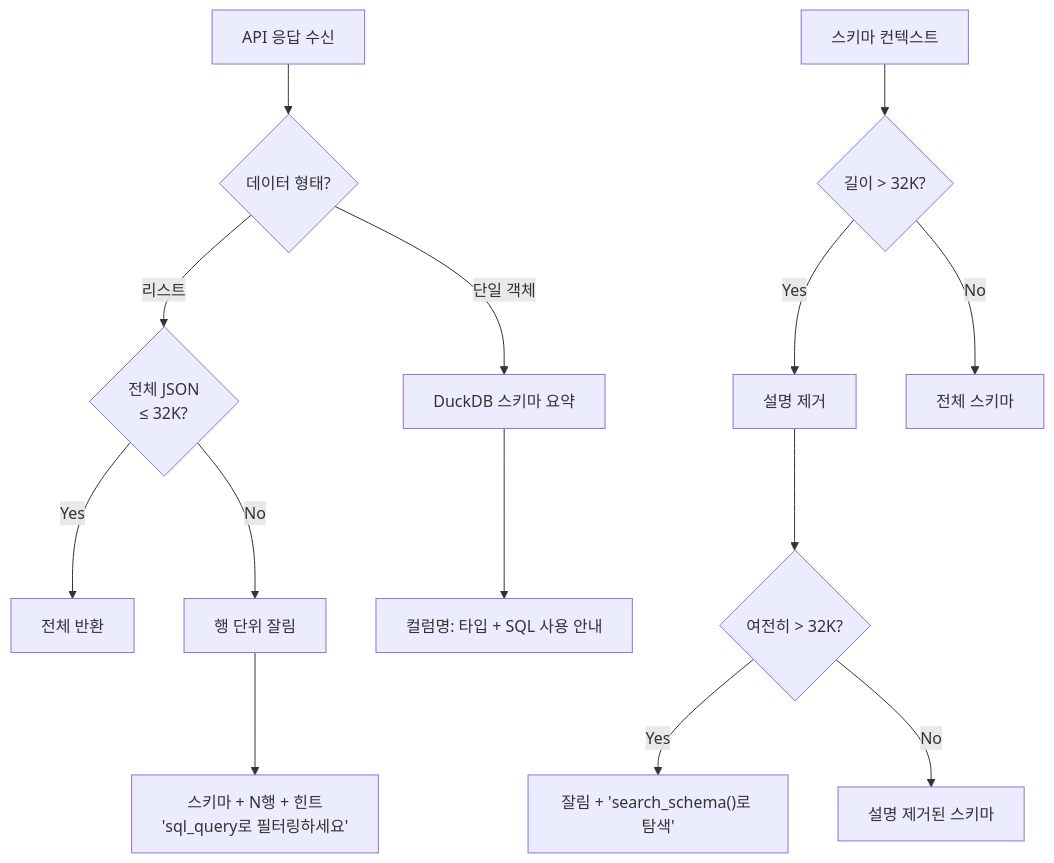
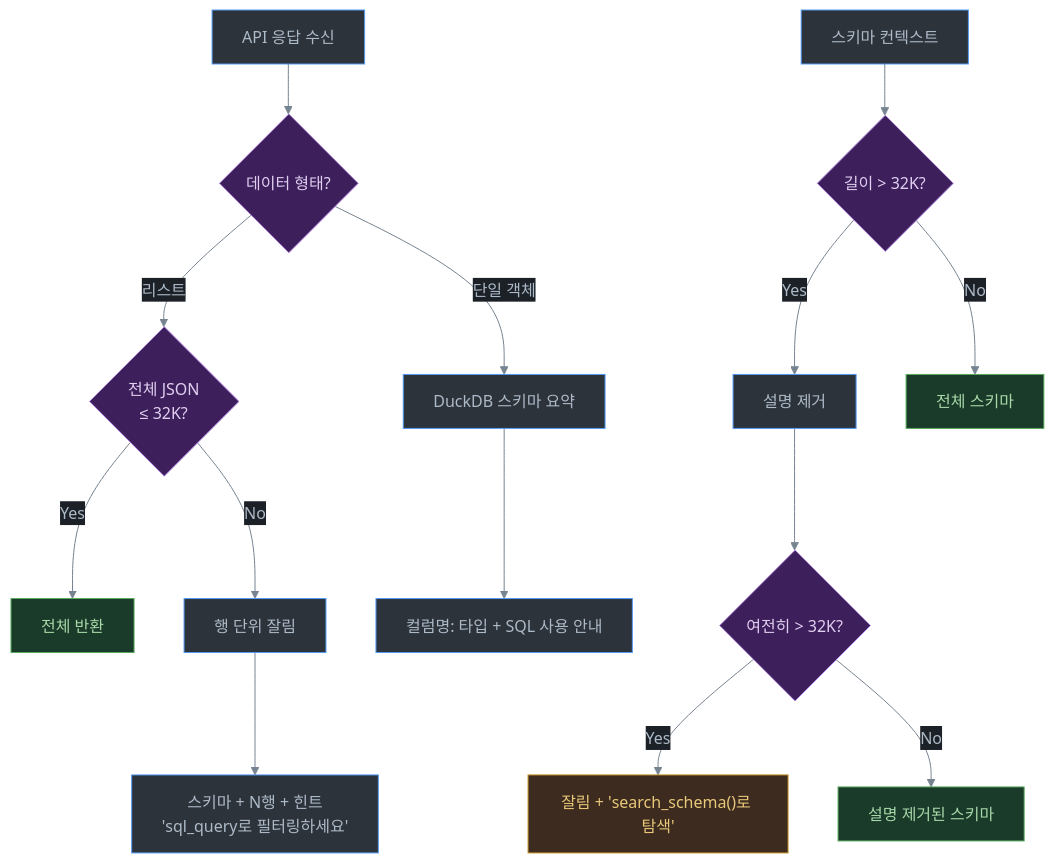
The diagram in docs/07-보안-및-설정.md (yeochul-jeon/api-ai-agent), drawn with Mermaid before and after one commit. The commit also changed 4 other files, not shown here.

First line of the commit message:
style: Mermaid 다이어그램 다크테마 스타일링 적용

````diff
--- a/docs/07-보안-및-설정.md
+++ b/docs/07-보안-및-설정.md
@@ -166,19 +166,24 @@
 ```mermaid
+%%{init: {'theme': 'base', 'themeVariables': {'primaryColor': '#2d333b', 'primaryTextColor': '#adbac7', 'primaryBorderColor': '#539bf5', 'secondaryColor': '#1c2128', 'secondaryTextColor': '#adbac7', 'secondaryBorderColor': '#444c56', 'tertiaryColor': '#1c2128', 'tertiaryTextColor': '#adbac7', 'tertiaryBorderColor': '#444c56', 'lineColor': '#768390', 'textColor': '#adbac7', 'mainBkg': '#2d333b', 'nodeBorder': '#539bf5', 'clusterBkg': '#1c2128', 'clusterBorder': '#444c56', 'titleColor': '#adbac7', 'edgeLabelBackground': '#1c2128'}}}%%
 graph TD
-    A[API 응답 수신] --> B{데이터 형태?}
+    A[API 응답 수신] --> B{데이터 형태?}:::decision
 
-    B -->|리스트| C{전체 JSON<br/>≤ 32K?}
-    C -->|Yes| D[전체 반환]
+    B -->|리스트| C{전체 JSON<br/>≤ 32K?}:::decision
+    C -->|Yes| D[전체 반환]:::success
     C -->|No| E[행 단위 잘림]
     E --> F["스키마 + N행 + 힌트<br/>'sql_query로 필터링하세요'"]
 
     B -->|단일 객체| G[DuckDB 스키마 요약]
     G --> H["컬럼명: 타입 + SQL 사용 안내"]
 
-    I[스키마 컨텍스트] --> J{길이 > 32K?}
+    I[스키마 컨텍스트] --> J{길이 > 32K?}:::decision
     J -->|Yes| K[설명 제거]
-    K --> L{여전히 > 32K?}
-    L -->|Yes| M["잘림 + 'search_schema()로 탐색'"]
-    L -->|No| N[설명 제거된 스키마]
-    J -->|No| O[전체 스키마]
+    K --> L{여전히 > 32K?}:::decision
+    L -->|Yes| M["잘림 + 'search_schema()로 탐색'"]:::warning
+    L -->|No| N[설명 제거된 스키마]:::success
+    J -->|No| O[전체 스키마]:::success
+
+    classDef decision fill:#3d1f5c,stroke:#b083e0,color:#e0d0f0
+    classDef success fill:#1a3a2a,stroke:#57ab5a,color:#a8d8a8
+    classDef warning fill:#3d2b1f,stroke:#c69026,color:#e8c87a
 ```
````
